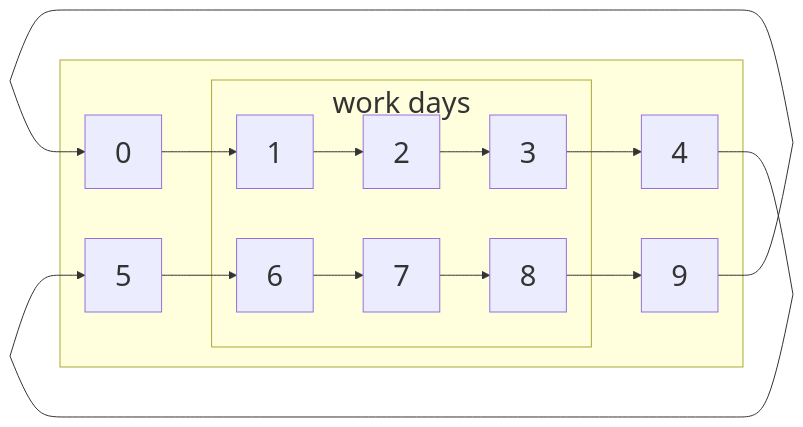
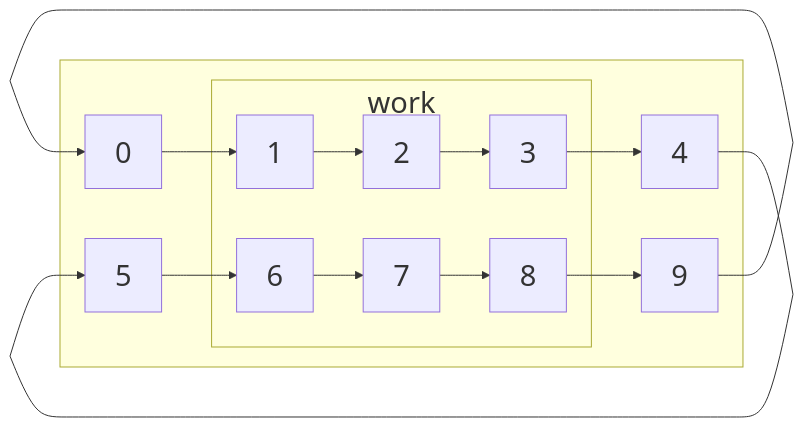
One commit to maptv/maptv.github.io changed the first of 4 diagrams in dec/date/index.qmd. Above: the diagram before and after it, drawn with Mermaid. The commit also changed other lines of this file and 1 other file, not shown here.

Commit message:
Changed files: dec/date/index.qmd git/index_files/figure-commonmark/mermaid-figure-2.png

````diff
--- a/dec/date/index.qmd
+++ b/dec/date/index.qmd
@@ -176,29 +176,29 @@
 ```{mermaid}
 %%| label: zerobasedpent
 %%{init: {'theme': 'default', 'themeVariables': { 'fontSize': '29px'}}}%%
 flowchart LR
   B~~~M[ ]:::empty----N[ ]:::empty
   W---M
   N---O[ ]:::empty
   Q[ ]:::empty---L
   W[ ]:::empty-->A[0]-->B[1]-->C[2]-->D[3]-->E[4]---L[ ]:::empty
   Y[ ]:::empty-->F[5]-->G[6]-->H[7]-->I[8]-->J[9]---O[ ]:::empty
   B~~~P[ ]:::empty---Q
   Y---P
-  subgraph workdays[work days]
+  subgraph workdays[work]
   B
   C
   G
   H
   D
   I
   end
   subgraph restdays[ ]
   A
   F
   E
   J
   workdays
   end
   classDef empty width:0px;
 ```
````
